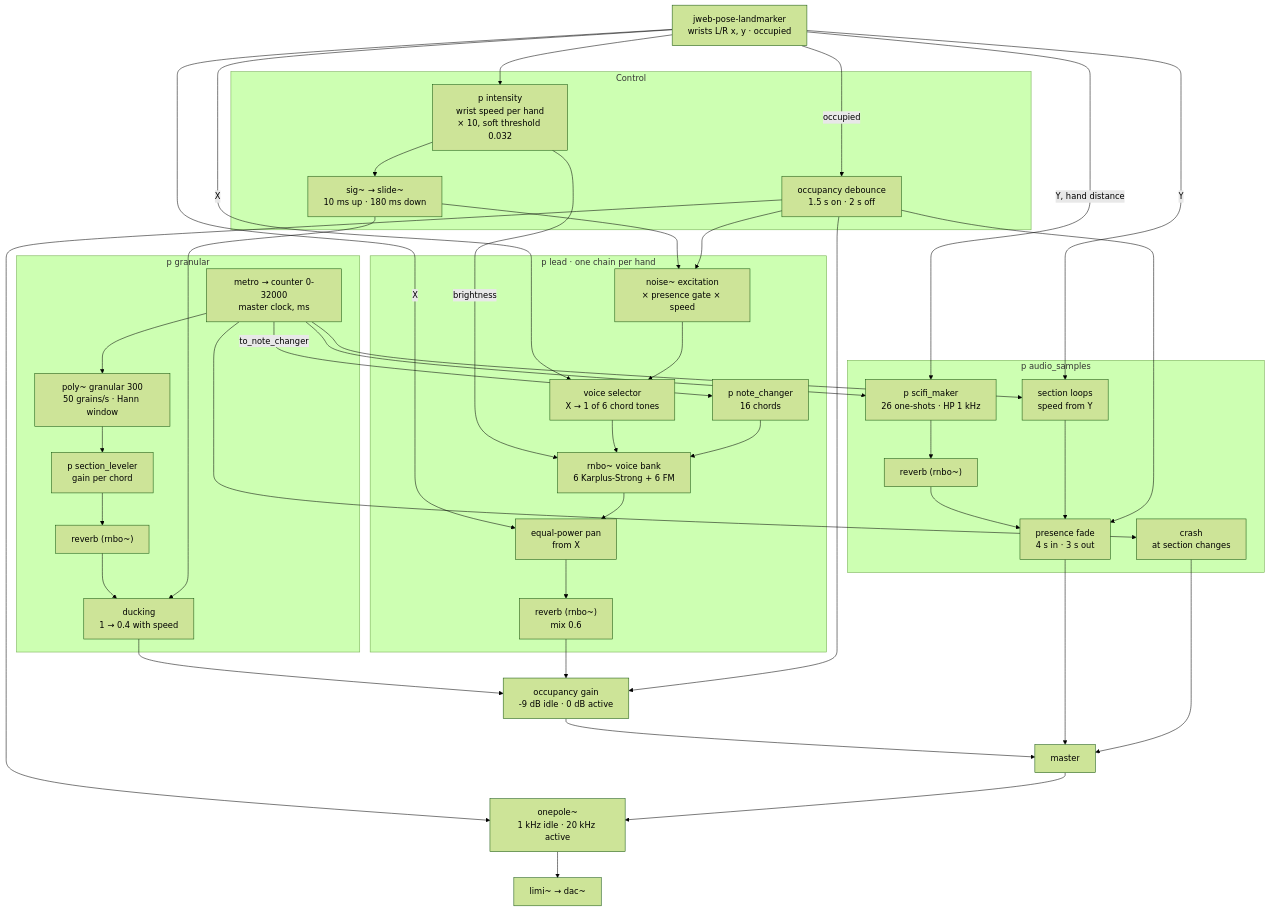
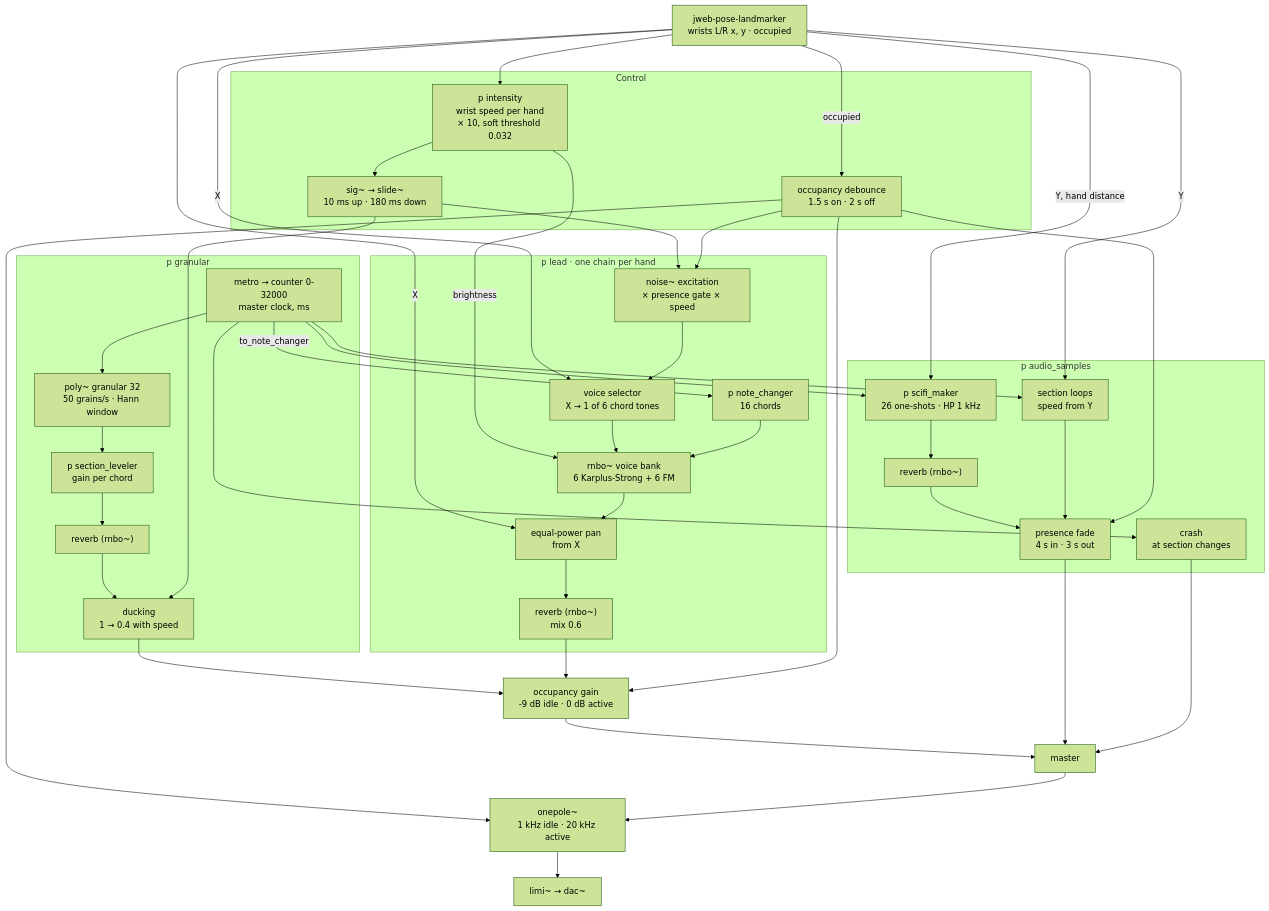
The second of 2 diagrams in README.md (BitResonant/Ex_Motu), drawn with Mermaid (forest theme) before and after one commit. The commit also changed other lines of this file and 1 other file, not shown here.

First line of the commit message:
Reduce granular polyphony to 32 voices

````diff
--- a/README.md
+++ b/README.md
@@ -213,71 +213,71 @@
 ```mermaid
 flowchart TD
     TRK["jweb-pose-landmarker<br/>wrists L/R x, y · occupied"]
 
     subgraph CTRL ["Control"]
         INT["p intensity<br/>wrist speed per hand<br/>× 10, soft threshold 0.032"]
         SLD["sig~ → slide~<br/>10 ms up · 180 ms down"]
         PRES["occupancy debounce<br/>1.5 s on · 2 s off"]
     end
 
     subgraph GRAN ["p granular"]
         CLK["metro → counter 0-32000<br/>master clock, ms"]
-        POLY["poly~ granular 300<br/>50 grains/s · Hann window"]
+        POLY["poly~ granular 32<br/>50 grains/s · Hann window"]
         LEV["p section_leveler<br/>gain per chord"]
         GREV["reverb (rnbo~)"]
         DUCK["ducking<br/>1 → 0.4 with speed"]
     end
 
     subgraph LEAD ["p lead · one chain per hand"]
         EXC["noise~ excitation<br/>× presence gate × speed"]
         SEL["voice selector<br/>X → 1 of 6 chord tones"]
         VB["rnbo~ voice bank<br/>6 Karplus-Strong + 6 FM"]
         NC["p note_changer<br/>16 chords"]
         PAN["equal-power pan<br/>from X"]
         LREV["reverb (rnbo~)<br/>mix 0.6"]
     end
 
     subgraph SMP ["p audio_samples"]
         LOOP["section loops<br/>speed from Y"]
         CRASH["crash<br/>at section changes"]
         SCI["p scifi_maker<br/>26 one-shots · HP 1 kHz"]
         SREV["reverb (rnbo~)"]
         FADE["presence fade<br/>4 s in · 3 s out"]
     end
 
     OCC["occupancy gain<br/>-9 dB idle · 0 dB active"]
     MST["master"]
     LP["onepole~<br/>1 kHz idle · 20 kHz active"]
     OUT["limi~ → dac~"]
 
     TRK --> INT --> SLD
     TRK -->|occupied| PRES
     TRK -->|X| SEL
     TRK -->|X| PAN
     TRK -->|Y| LOOP
     TRK -->|"Y, hand distance"| SCI
 
     CLK --> POLY --> LEV --> GREV --> DUCK --> OCC
     CLK -->|to_note_changer| NC
     CLK --> LOOP
     CLK --> CRASH
     CLK --> SCI
 
     SLD --> DUCK
     SLD --> EXC
     INT -->|brightness| VB
     PRES --> EXC
     EXC --> SEL --> VB --> PAN --> LREV --> OCC
     NC --> VB
 
     SCI --> SREV --> FADE
     LOOP --> FADE
     PRES --> FADE
     PRES --> OCC
     PRES --> LP
 
     OCC --> MST
     FADE --> MST
     CRASH --> MST
     MST --> LP --> OUT
 ```
````
